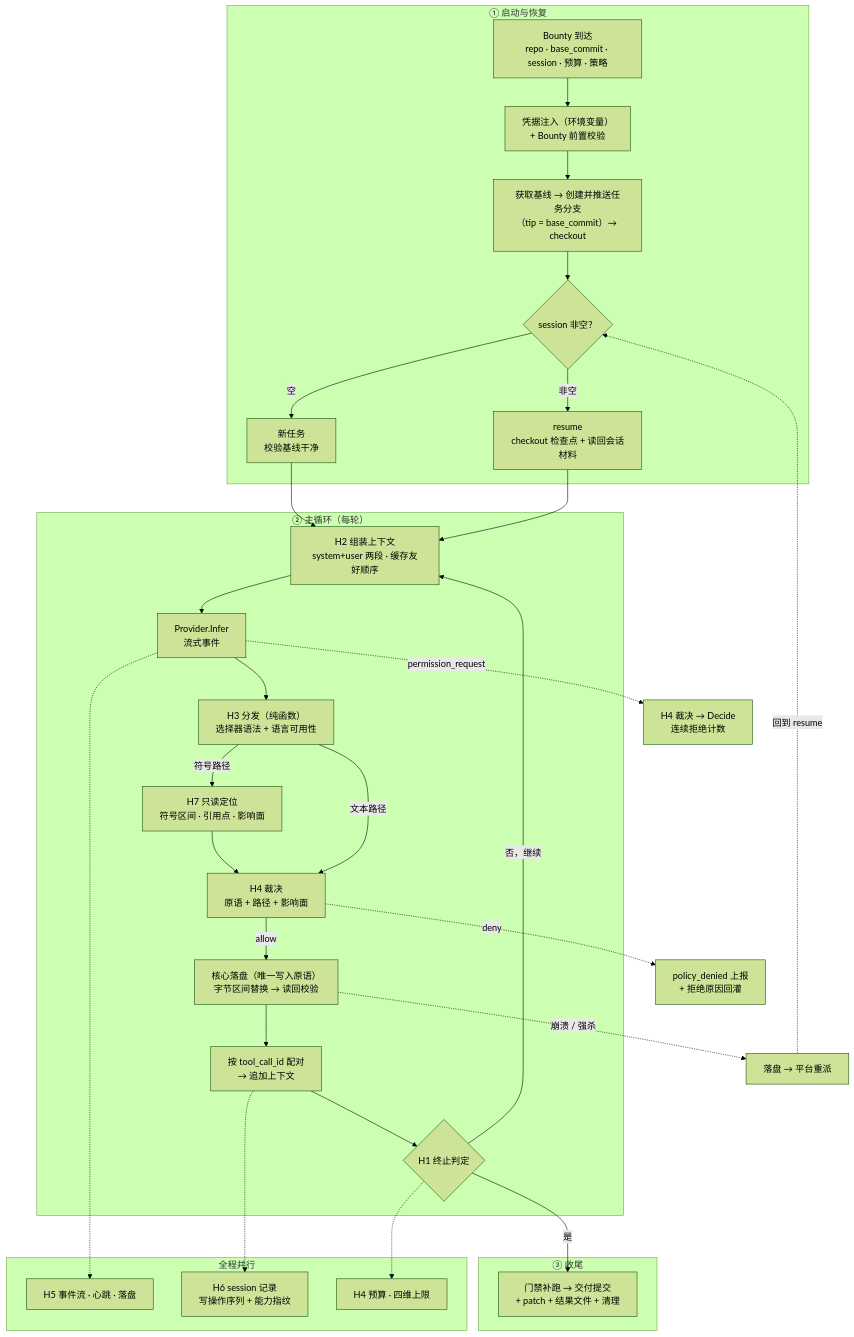
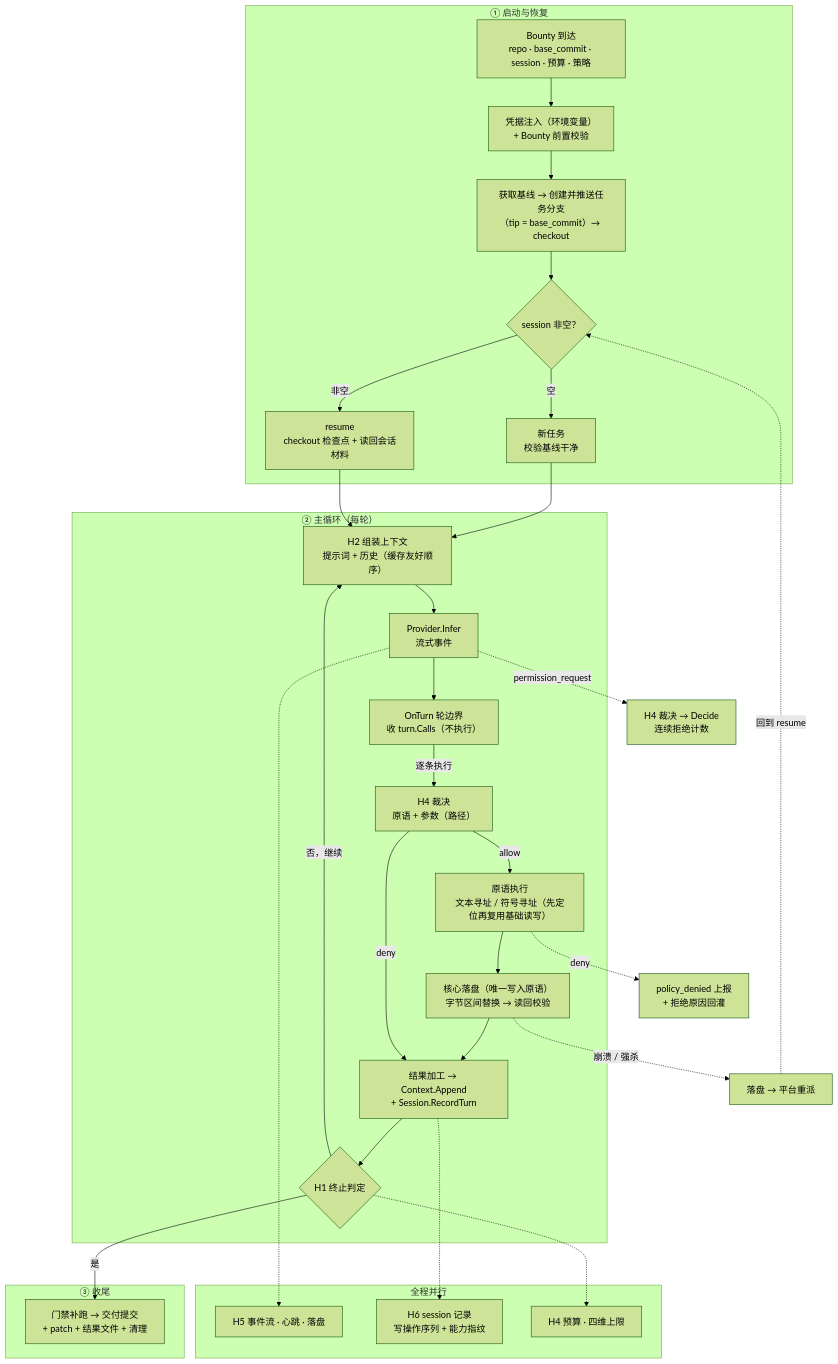
Before and after one commit to mengri/xhunter: the diagram in docs/xhunter-architecture.md, drawn with Mermaid (forest theme). The commit also changed other lines of this file and 90 other files, not shown here.

````diff
--- a/docs/xhunter-architecture.md
+++ b/docs/xhunter-architecture.md
@@ -760,53 +803,53 @@
 ```mermaid
 flowchart TD
     subgraph P1["① 启动与恢复"]
         A1["Bounty 到达<br/>repo · base_commit · session · 预算 · 策略"]
         A2["凭据注入（环境变量）<br/>+ Bounty 前置校验"]
         A3["获取基线 → 创建并推送任务分支<br/>（tip = base_commit）→ checkout"]
         A4{"session 非空？"}
         A5a["新任务<br/>校验基线干净"]
         A5b["resume<br/>checkout 检查点 + 读回会话材料"]
         A1 --> A2 --> A3 --> A4
         A4 -->|空| A5a
         A4 -->|非空| A5b
     end
 
     subgraph P2["② 主循环（每轮）"]
-        B1["H2 组装上下文<br/>system+user 两段 · 缓存友好顺序"]
+        B1["H2 组装上下文<br/>提示词 + 历史（缓存友好顺序）"]
         B2["Provider.Infer<br/>流式事件"]
-        B3["H3 分发（纯函数）<br/>选择器语法 + 语言可用性"]
-        B4["H7 只读定位<br/>符号区间 · 引用点 · 影响面"]
-        B5["H4 裁决<br/>原语 + 路径 + 影响面"]
+        B3["OnTurn 轮边界<br/>收 turn.Calls（不执行）"]
+        B4["H4 裁决<br/>原语 + 参数（路径）"]
+        B5["原语执行<br/>文本寻址 / 符号寻址（先定位再复用基础读写）"]
         B6["核心落盘（唯一写入原语）<br/>字节区间替换 → 读回校验"]
-        B7["按 tool_call_id 配对<br/>→ 追加上下文"]
+        B7["结果加工 → Context.Append<br/>+ Session.RecordTurn"]
         B8{"H1 终止判定"}
         B1 --> B2 --> B3
-        B3 -->|符号路径| B4 --> B5
-        B3 -->|文本路径| B5
-        B5 -->|allow| B6 --> B7 --> B8
+        B3 -->|逐条执行| B4
+        B4 -->|allow| B5 --> B6 --> B7 --> B8
+        B4 -->|deny| B7
         B8 -->|否，继续| B1
     end
 
     subgraph P3["③ 收尾"]
         C1["门禁补跑 → 交付提交<br/>+ patch + 结果文件 + 清理"]
     end
 
     subgraph P0["全程并行"]
         E1["H5 事件流 · 心跳 · 落盘"]
         E2["H6 session 记录<br/>写操作序列 + 能力指纹"]
         E3["H4 预算 · 四维上限"]
     end
 
     A5a --> B1
     A5b --> B1
     B8 -->|是| C1
 
     B2 -.->|permission_request| D1["H4 裁决 → Decide<br/>连续拒绝计数"]
     B5 -.->|deny| D2["policy_denied 上报<br/>+ 拒绝原因回灌"]
     B6 -.->|崩溃 / 强杀| D3["落盘 → 平台重派"]
     D3 -.->|回到 resume| A4
 
     B2 -.-> E1
     B7 -.-> E2
     B8 -.-> E3
 ```
````
